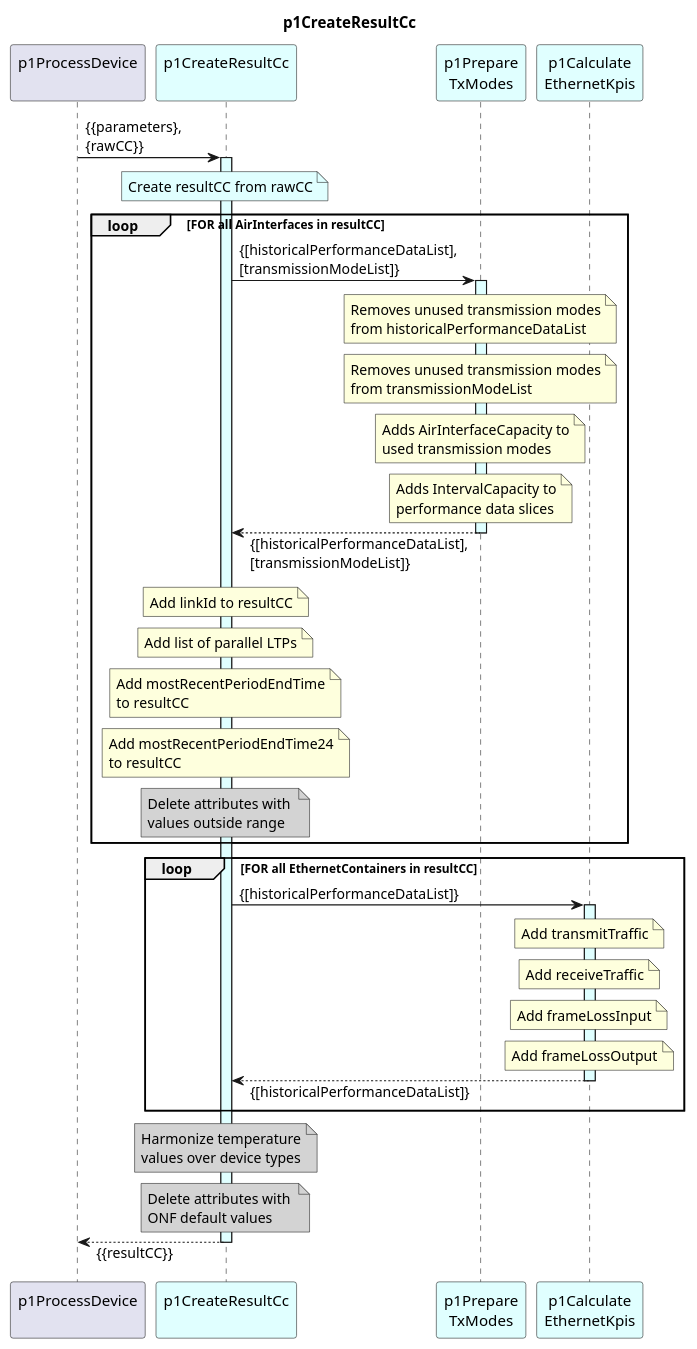
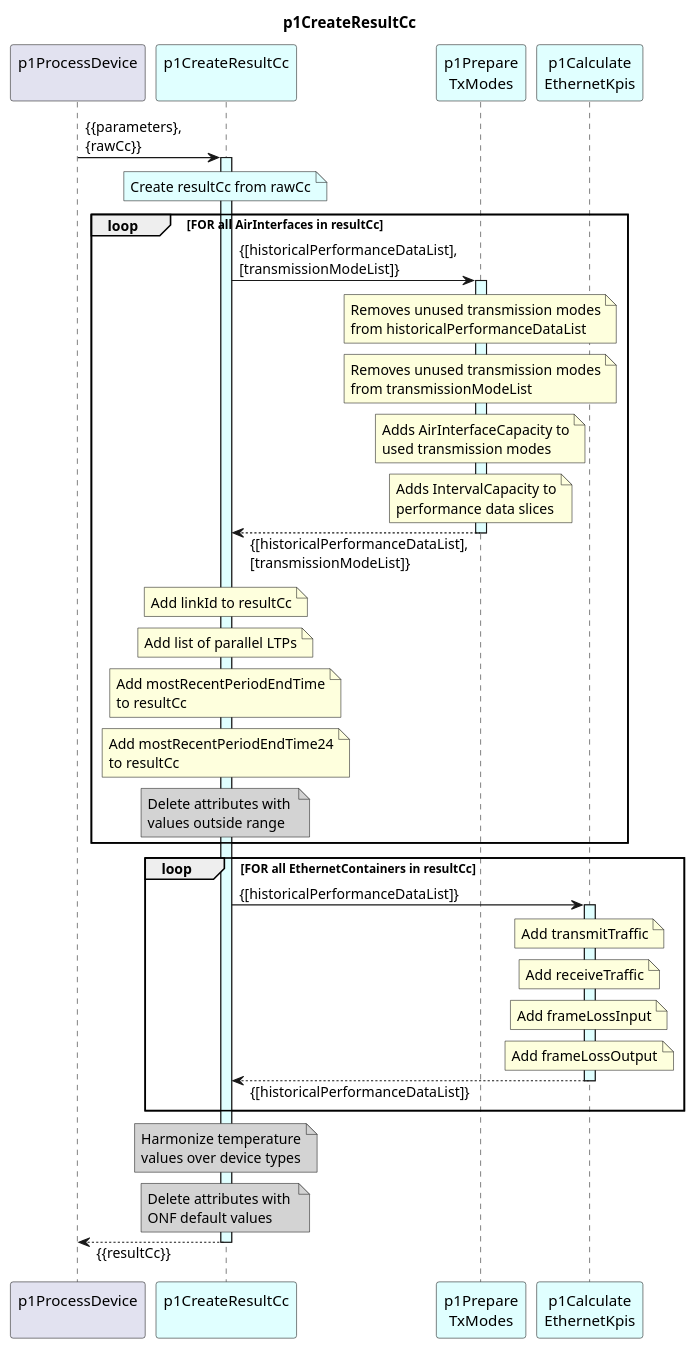
Before and after one commit to openBackhaul/DevicePerformanceManagementDataProcessor: the diagram in spec/Functions/specificFunctions/p1StreamPmData/p1ProcessDevice/p1CreateResultCc/1.0.0/p1CreateResultCc.plantuml, drawn with PlantUML. The commit also changed 15 other files, not shown here.

```diff
--- a/spec/Functions/specificFunctions/p1StreamPmData/p1ProcessDevice/p1CreateResultCc/1.0.0/p1CreateResultCc.plantuml
+++ b/spec/Functions/specificFunctions/p1StreamPmData/p1ProcessDevice/p1CreateResultCc/1.0.0/p1CreateResultCc.plantuml
@@ -1,121 +1,121 @@
 @startuml p1CreateResultCc
 skinparam responseMessageBelowArrow true
 
 title
   p1CreateResultCc
 end title
 
 participant "p1ProcessDevice\n" as requestor
 participant "p1CreateResultCc\n" as cur #LightCyan
 
 participant "p1Prepare\nTxModes" as prepTxModes #LightCyan
 participant "p1Calculate\nEthernetKpis" as ethKpis #LightCyan
 
-requestor -> cur: {{parameters},\n{rawCC}}
+requestor -> cur: {{parameters},\n{rawCc}}
 activate cur #LightCyan
 
   note over cur #LightCyan
-    Create resultCC from rawCC
+    Create resultCc from rawCc
   end note
 
-  loop FOR all AirInterfaces in resultCC
+  loop FOR all AirInterfaces in resultCc
 
     cur -> prepTxModes : {[historicalPerformanceDataList],\n[transmissionModeList]}
     activate prepTxModes #LightCyan
 
       note over prepTxModes
         Removes unused transmission modes
         from historicalPerformanceDataList
       end note
 
       note over prepTxModes
         Removes unused transmission modes
         from transmissionModeList
       end note
 
       note over prepTxModes
         Adds AirInterfaceCapacity to
         used transmission modes
       end note
 
       note over prepTxModes
         Adds IntervalCapacity to
         performance data slices
       end note
 
     cur <-- prepTxModes : {[historicalPerformanceDataList],\n[transmissionModeList]}
     deactivate prepTxModes
 
     ' ----- Link ID --------------------------
     note over cur
-      Add linkId to resultCC
+      Add linkId to resultCc
     end note
 
     ' ----- Aggregation Group --------------------------
     note over cur
       Add list of parallel LTPs
     end note
 
     ' ----- mostRecentPeriodEndTime --------------------------
     note over cur
       Add mostRecentPeriodEndTime
-      to resultCC
+      to resultCc
     end note
 
     note over cur
       Add mostRecentPeriodEndTime24
-      to resultCC
+      to resultCc
     end note
 
     ' ----- OutOfRange TxLevel --------------------------
     note over cur #LightGray
       Delete attributes with 
       values outside range
     end note
 
   end
 
-  loop FOR all EthernetContainers in resultCC
+  loop FOR all EthernetContainers in resultCc
 
     ' ----- EthContainer KPIs --------------------------
     cur -> ethKpis : {[historicalPerformanceDataList]}
     activate ethKpis #LightCyan
 
         note over ethKpis
           Add transmitTraffic
         end note
 
         note over ethKpis
           Add receiveTraffic
         end note
 
         note over ethKpis
           Add frameLossInput
         end note
 
         note over ethKpis
           Add frameLossOutput
         end note
 
     cur <-- ethKpis : {[historicalPerformanceDataList]}
     deactivate ethKpis
 
   end loop
 
   ' ----- Temperature --------------------------
   note over cur #LightGray
     Harmonize temperature
     values over device types
   end note
 
   ' ----- ONF default values --------------------------
   note over cur #LightGray
     Delete attributes with 
     ONF default values
   end note
 
-requestor <-- cur: {{resultCC}}
+requestor <-- cur: {{resultCc}}
 
 deactivate cur
 
 @enduml
```
